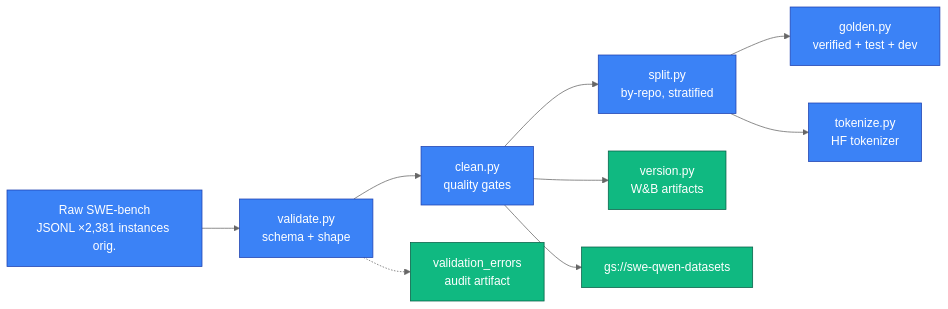
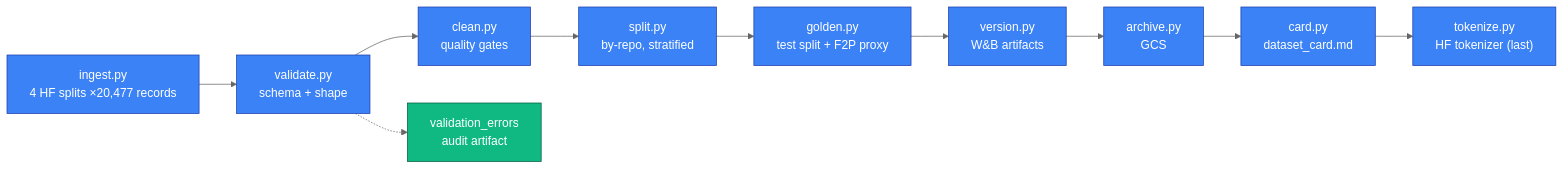
One commit to AhmedIkram05/SWE-Qwen changed the diagram in docs/dataset.md. Above: the diagram before and after it, drawn with Mermaid (neutral theme). The commit also changed other lines of this file and 4 other files, not shown here.

````diff
--- a/docs/dataset.md
+++ b/docs/dataset.md
@@ -48,15 +50,16 @@
 ```mermaid
 flowchart LR
-    IN["Raw SWE-bench<br/>JSONL ×2,381 instances orig."] --> V["validate.py<br/>schema + shape"]
+    IN["ingest.py<br/>4 HF splits ×20,477 records"] --> V["validate.py<br/>schema + shape"]
     V --> C["clean.py<br/>quality gates"]
     C --> S["split.py<br/>by-repo, stratified"]
-    S --> G["golden.py<br/>verified + test + dev"]
-    S --> T["tokenize.py<br/>HF tokenizer"]
-    C --> A["version.py<br/>W&B artifacts"]
-    C --> GS["gs://swe-qwen-datasets"]
+    S --> G["golden.py<br/>test split + F2P proxy"]
+    G --> A["version.py<br/>W&B artifacts"]
+    A --> AR["archive.py<br/>GCS"]
+    AR --> CD["card.py<br/>dataset_card.md"]
+    CD --> T["tokenize.py<br/>HF tokenizer (last)"]
     V -.-> VE["validation_errors<br/>audit artifact"]
     classDef p fill:#3b82f6,color:#fff,stroke:#1e40af
     classDef o fill:#10b981,color:#fff,stroke:#065f46
-    class IN,V,C,S,G,T p
-    class A,GS,VE o
+    class IN,V,C,S,G,A,AR,CD,T p
+    class VE o
 ```
````
